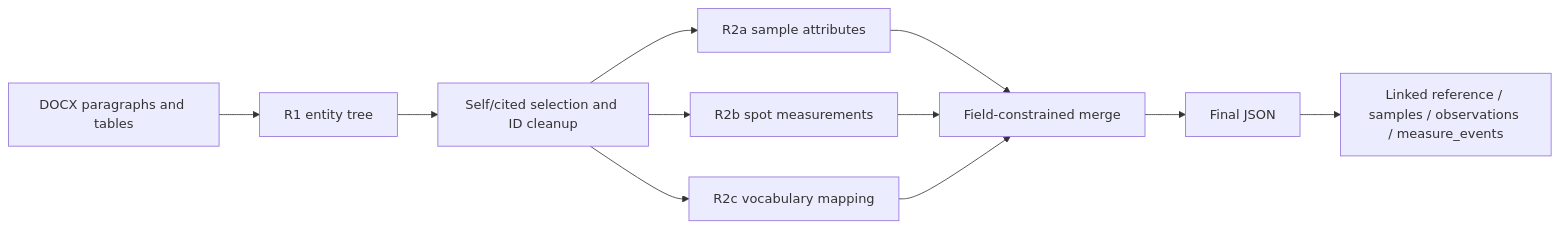
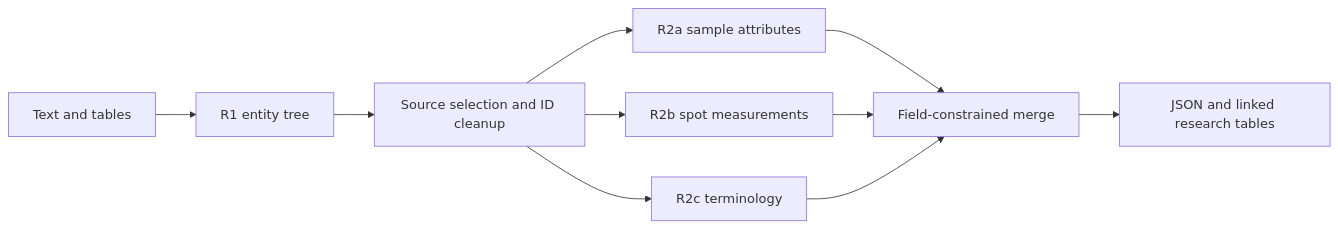
The first of 3 diagrams in README.md (dvdsvc/firstlight), drawn with Mermaid before and after one commit. The commit also changed other lines of this file and 3 other files, not shown here.

First line of the commit message:
📝 Explain extraction reliability and document-graph recovery

````diff
--- a/README.md
+++ b/README.md
@@ -15,13 +37,12 @@
 ```mermaid
 flowchart LR
-    D[DOCX paragraphs and tables] --> R1[R1 entity tree]
-    R1 --> F[Self/cited selection and ID cleanup]
+    D[Text and tables] --> R1[R1 entity tree]
+    R1 --> F[Source selection and ID cleanup]
     F --> A[R2a sample attributes]
     F --> B[R2b spot measurements]
-    F --> C[R2c vocabulary mapping]
+    F --> C[R2c terminology]
     A --> M[Field-constrained merge]
     B --> M
     C --> M
-    M --> J[Final JSON]
-    J --> T[Linked reference / samples / observations / measure_events]
+    M --> O[JSON and linked research tables]
 ```
````
